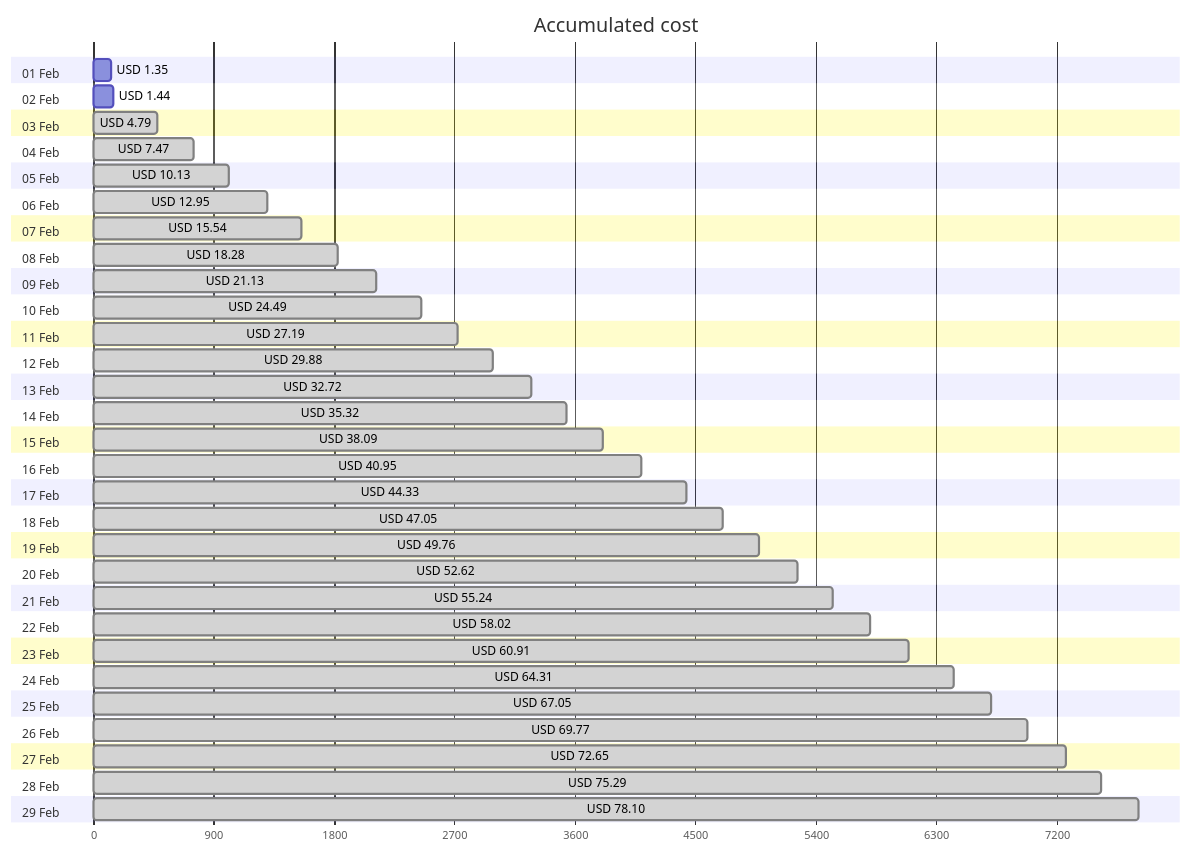
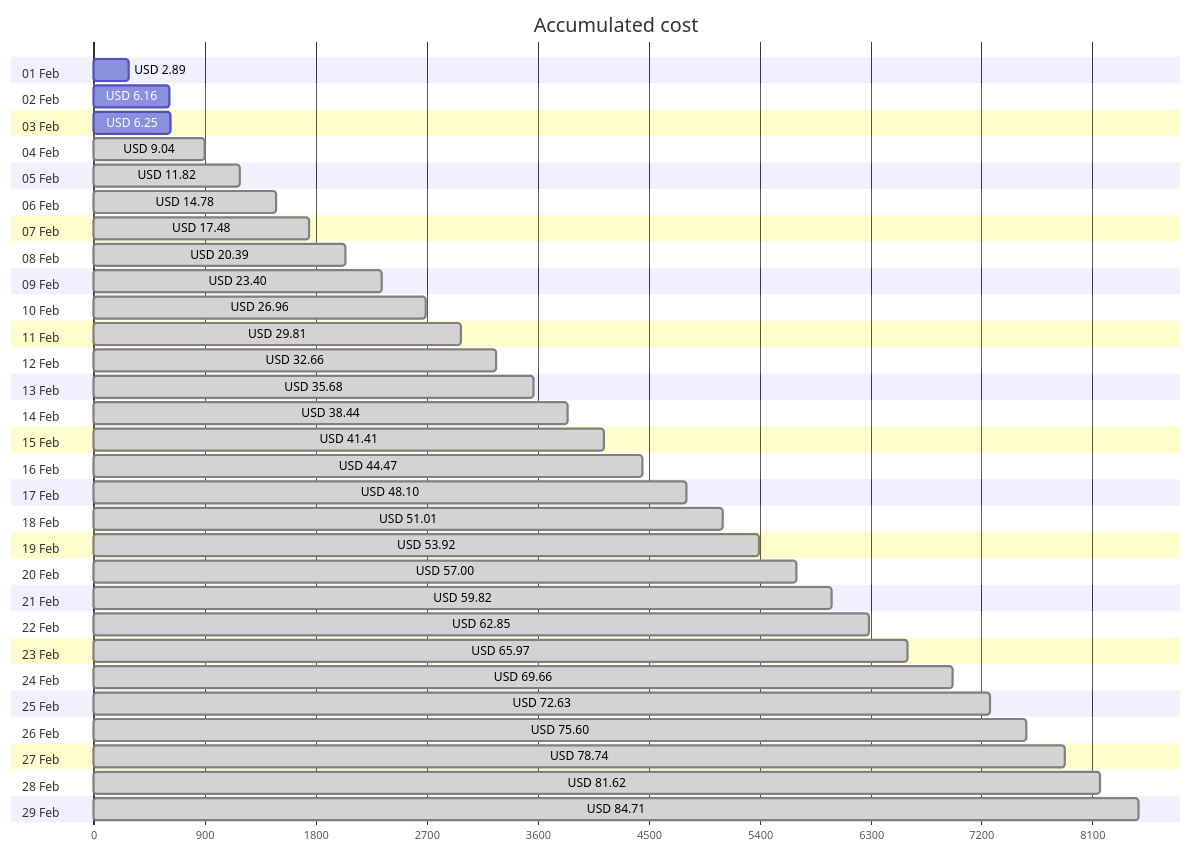
The first of 4 diagrams in cost-reports/accumulated-cost.md (jpfulton/azure-personal-reports), drawn with Mermaid before and after one commit. The commit also changed other lines of this file and 4 other files, not shown here.

````diff
--- a/cost-reports/accumulated-cost.md
+++ b/cost-reports/accumulated-cost.md
@@ -20,64 +20,64 @@
 ```mermaid
 gantt
    title Accumulated cost
    dateFormat  X
    axisFormat %s
    section 01 Feb
-   USD 1.35 :0, 135
+   USD 2.89 :0, 289
    section 02 Feb
-   USD 1.44 :0, 144
+   USD 6.16 :0, 616
    section 03 Feb
-   USD 4.79 : done, 0, 479
+   USD 6.25 :0, 625
    section 04 Feb
-   USD 7.47 : done, 0, 747
+   USD 9.04 : done, 0, 904
    section 05 Feb
-   USD 10.13 : done, 0, 1013
+   USD 11.82 : done, 0, 1182
    section 06 Feb
-   USD 12.95 : done, 0, 1295
+   USD 14.78 : done, 0, 1478
    section 07 Feb
-   USD 15.54 : done, 0, 1554
+   USD 17.48 : done, 0, 1748
    section 08 Feb
-   USD 18.28 : done, 0, 1828
+   USD 20.39 : done, 0, 2039
    section 09 Feb
-   USD 21.13 : done, 0, 2113
+   USD 23.40 : done, 0, 2340
    section 10 Feb
-   USD 24.49 : done, 0, 2449
+   USD 26.96 : done, 0, 2696
    section 11 Feb
-   USD 27.19 : done, 0, 2719
+   USD 29.81 : done, 0, 2981
    section 12 Feb
-   USD 29.88 : done, 0, 2988
+   USD 32.66 : done, 0, 3266
    section 13 Feb
-   USD 32.72 : done, 0, 3272
+   USD 35.68 : done, 0, 3568
    section 14 Feb
-   USD 35.32 : done, 0, 3532
+   USD 38.44 : done, 0, 3844
    section 15 Feb
-   USD 38.09 : done, 0, 3809
+   USD 41.41 : done, 0, 4141
    section 16 Feb
-   USD 40.95 : done, 0, 4095
+   USD 44.47 : done, 0, 4447
    section 17 Feb
-   USD 44.33 : done, 0, 4433
+   USD 48.10 : done, 0, 4810
    section 18 Feb
-   USD 47.05 : done, 0, 4705
+   USD 51.01 : done, 0, 5101
    section 19 Feb
-   USD 49.76 : done, 0, 4976
+   USD 53.92 : done, 0, 5392
    section 20 Feb
-   USD 52.62 : done, 0, 5262
+   USD 57.00 : done, 0, 5700
    section 21 Feb
-   USD 55.24 : done, 0, 5524
+   USD 59.82 : done, 0, 5982
    section 22 Feb
-   USD 58.02 : done, 0, 5802
+   USD 62.85 : done, 0, 6285
    section 23 Feb
-   USD 60.91 : done, 0, 6091
+   USD 65.97 : done, 0, 6597
    section 24 Feb
-   USD 64.31 : done, 0, 6431
+   USD 69.66 : done, 0, 6966
    section 25 Feb
-   USD 67.05 : done, 0, 6705
+   USD 72.63 : done, 0, 7263
    section 26 Feb
-   USD 69.77 : done, 0, 6977
+   USD 75.60 : done, 0, 7560
    section 27 Feb
-   USD 72.65 : done, 0, 7265
+   USD 78.74 : done, 0, 7874
    section 28 Feb
-   USD 75.29 : done, 0, 7529
+   USD 81.62 : done, 0, 8162
    section 29 Feb
-   USD 78.10 : done, 0, 7810
+   USD 84.71 : done, 0, 8471
 ```
````
